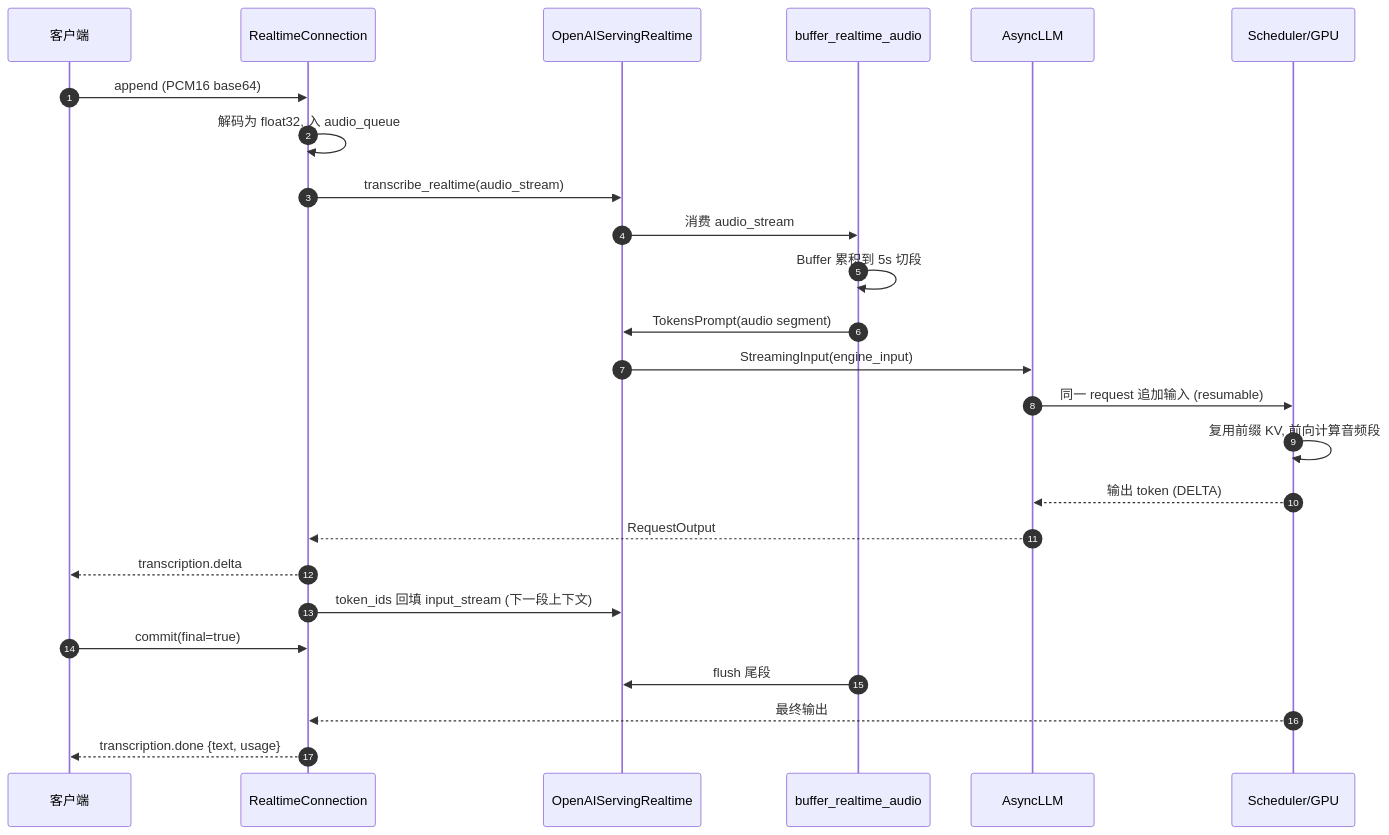
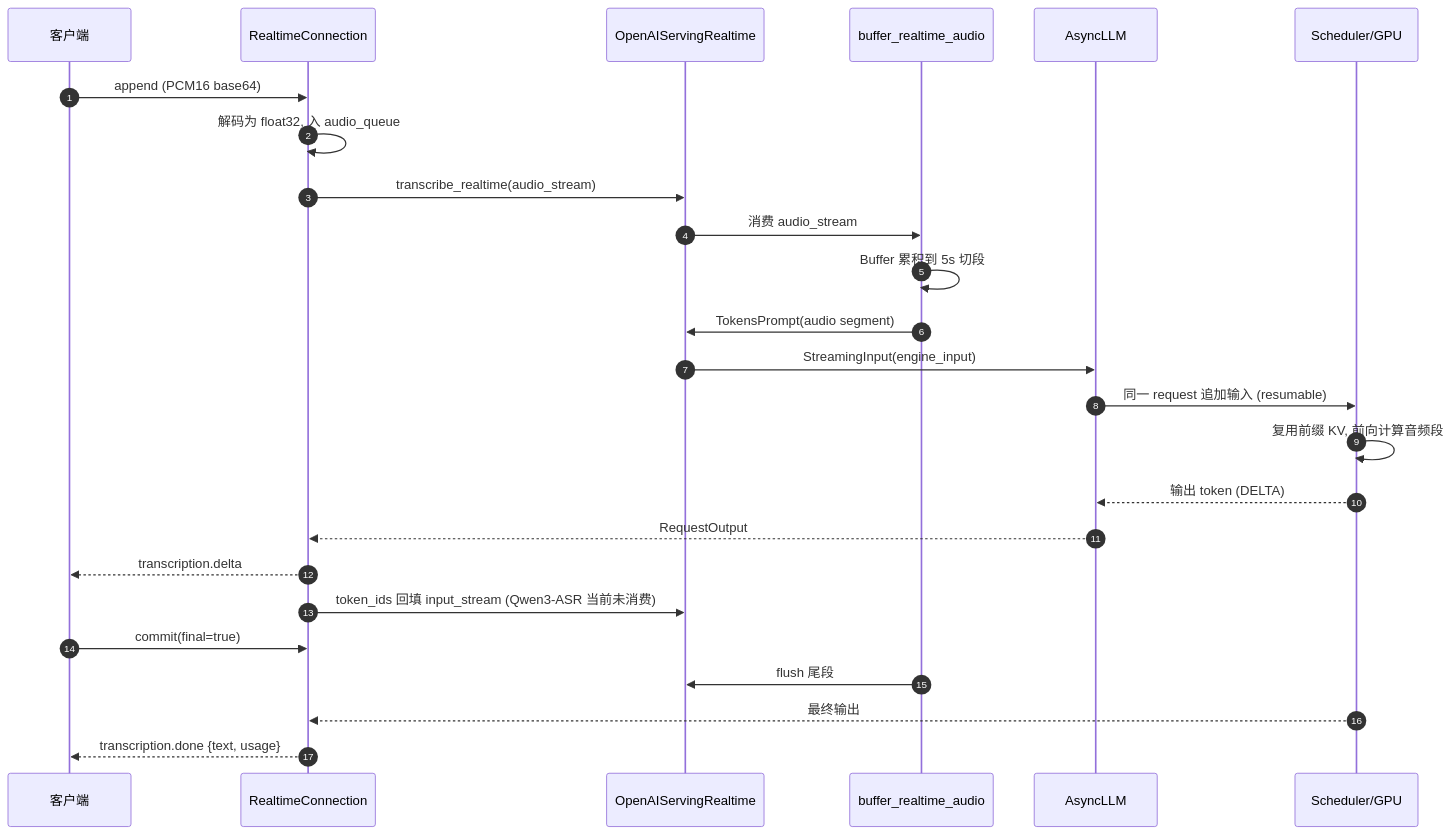
The sixth of 8 diagrams in docs/serving/online_serving/qwen3_asr_realtime_analysis_zh.md (zhongyu09/vllm), drawn with Mermaid before and after one commit. The commit also changed other lines of this file, not shown here.

````diff
--- a/docs/serving/online_serving/qwen3_asr_realtime_analysis_zh.md
+++ b/docs/serving/online_serving/qwen3_asr_realtime_analysis_zh.md
@@ -363,28 +364,28 @@
 ```mermaid
 sequenceDiagram
     autonumber
     participant C as 客户端
     participant CN as RealtimeConnection
     participant SR as OpenAIServingRealtime
     participant BR as buffer_realtime_audio
     participant AL as AsyncLLM
     participant SC as Scheduler/GPU
 
     C->>CN: append (PCM16 base64)
     CN->>CN: 解码为 float32, 入 audio_queue
     CN->>SR: transcribe_realtime(audio_stream)
     SR->>BR: 消费 audio_stream
     BR->>BR: Buffer 累积到 5s 切段
     BR->>SR: TokensPrompt(audio segment)
     SR->>AL: StreamingInput(engine_input)
     AL->>SC: 同一 request 追加输入 (resumable)
     SC->>SC: 复用前缀 KV, 前向计算音频段
     SC-->>AL: 输出 token (DELTA)
     AL-->>CN: RequestOutput
     CN-->>C: transcription.delta
-    CN->>SR: token_ids 回填 input_stream (下一段上下文)
+    CN->>SR: token_ids 回填 input_stream (Qwen3-ASR 当前未消费)
     C->>CN: commit(final=true)
     BR->>SR: flush 尾段
     SC-->>CN: 最终输出
     CN-->>C: transcription.done {text, usage}
 ```
````
